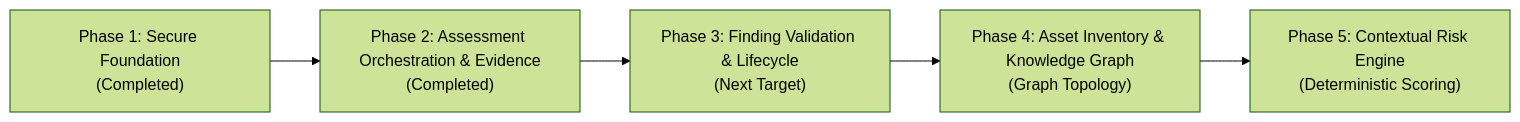
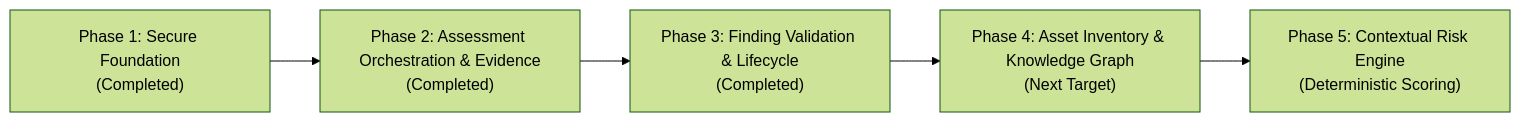
One commit to darkboyO7/sec_sys changed the diagram in docs/ROADMAP.md. Above: the diagram before and after it, drawn with Mermaid (forest theme). The commit also changed other lines of this file and 24 other files, not shown here.

Commit message:
feat(findings): Phase 3 finding validation, 13-state lifecycle, deduplication correlation engine, and UI

````diff
--- a/docs/ROADMAP.md
+++ b/docs/ROADMAP.md
@@ -7,7 +7,7 @@
 ```mermaid
 flowchart LR
     P1["Phase 1: Secure Foundation\n(Completed)"] --> P2["Phase 2: Assessment Orchestration & Evidence\n(Completed)"]
-    P2 --> P3["Phase 3: Finding Validation & Lifecycle\n(Next Target)"]
-    P3 --> P4["Phase 4: Asset Inventory & Knowledge Graph\n(Graph Topology)"]
+    P2 --> P3["Phase 3: Finding Validation & Lifecycle\n(Completed)"]
+    P3 --> P4["Phase 4: Asset Inventory & Knowledge Graph\n(Next Target)"]
     P4 --> P5["Phase 5: Contextual Risk Engine\n(Deterministic Scoring)"]
 ```
````
